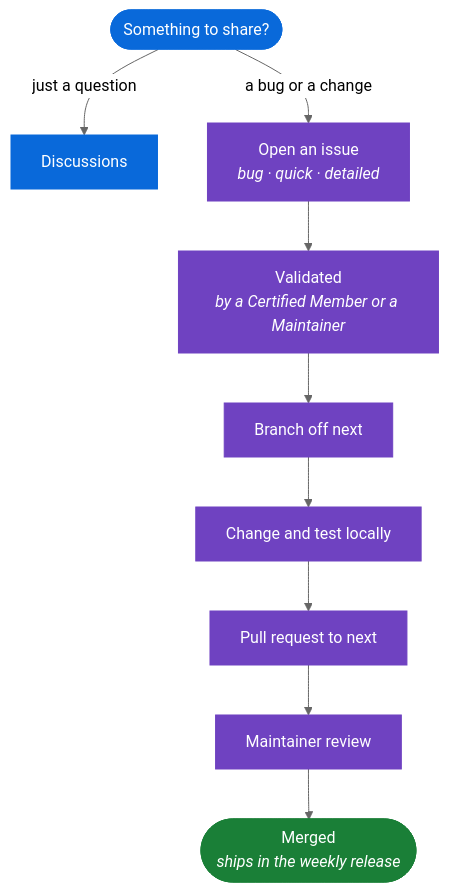
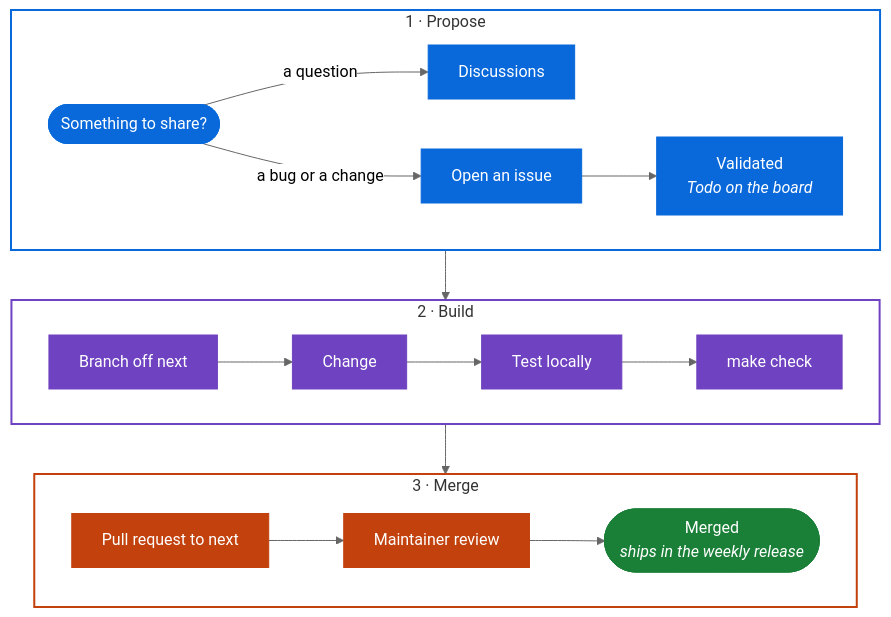
Before and after one commit to ai-driven-dev/framework: the diagram in CONTRIBUTING.md, drawn with Mermaid (neutral theme). The commit also changed other lines of this file and 18 other files, not shown here.

First line of the commit message:
docs: show the human in the loop and trim every document to tables and diagrams

````diff
--- a/CONTRIBUTING.md
+++ b/CONTRIBUTING.md
@@ -5,12 +3,28 @@
 ```mermaid
 flowchart TD
-  start(["Something to share?"]) -->|just a question| discussions["Discussions"]
-  start -->|a bug or a change| issue["Open an issue<br/><i>bug · quick · detailed</i>"]
-  issue --> validated["Validated<br/><i>by a Certified Member or a Maintainer</i>"] --> branch["Branch off next"] --> change["Change and test locally"] --> pr["Pull request to next"] --> review["Maintainer review"] --> merged(["Merged<br/><i>ships in the weekly release</i>"])
-  classDef step fill:#6f42c1,stroke:#6f42c1,color:#fff
+  subgraph propose["1 · Propose"]
+    direction LR
+    start(["Something to share?"]) -->|a question| discussions["Discussions"]
+    start -->|a bug or a change| issue["Open an issue"] --> validated["Validated<br/><i>Todo on the board</i>"]
+  end
+  subgraph build["2 · Build"]
+    direction LR
+    branch["Branch off next"] --> change["Change"] --> test["Test locally"] --> gate["make check"]
+  end
+  subgraph merge["3 · Merge"]
+    direction LR
+    pr["Pull request to next"] --> review["Maintainer review"] --> merged(["Merged<br/><i>ships in the weekly release</i>"])
+  end
+  propose --> build --> merge
+  classDef cPropose fill:#0969da,stroke:#0969da,color:#fff
+  classDef cBuild fill:#6f42c1,stroke:#6f42c1,color:#fff
+  classDef cMerge fill:#c2410c,stroke:#c2410c,color:#fff
   classDef done fill:#1a7f37,stroke:#1a7f37,color:#fff
-  classDef ask fill:#0969da,stroke:#0969da,color:#fff
-  class issue,validated,branch,change,pr,review step
+  class start,discussions,issue,validated cPropose
+  class branch,change,test,gate cBuild
+  class pr,review cMerge
   class merged done
-  class start,discussions ask
+  style propose fill:none,stroke:#0969da,stroke-width:2px
+  style build fill:none,stroke:#6f42c1,stroke-width:2px
+  style merge fill:none,stroke:#c2410c,stroke-width:2px
 ```
````
